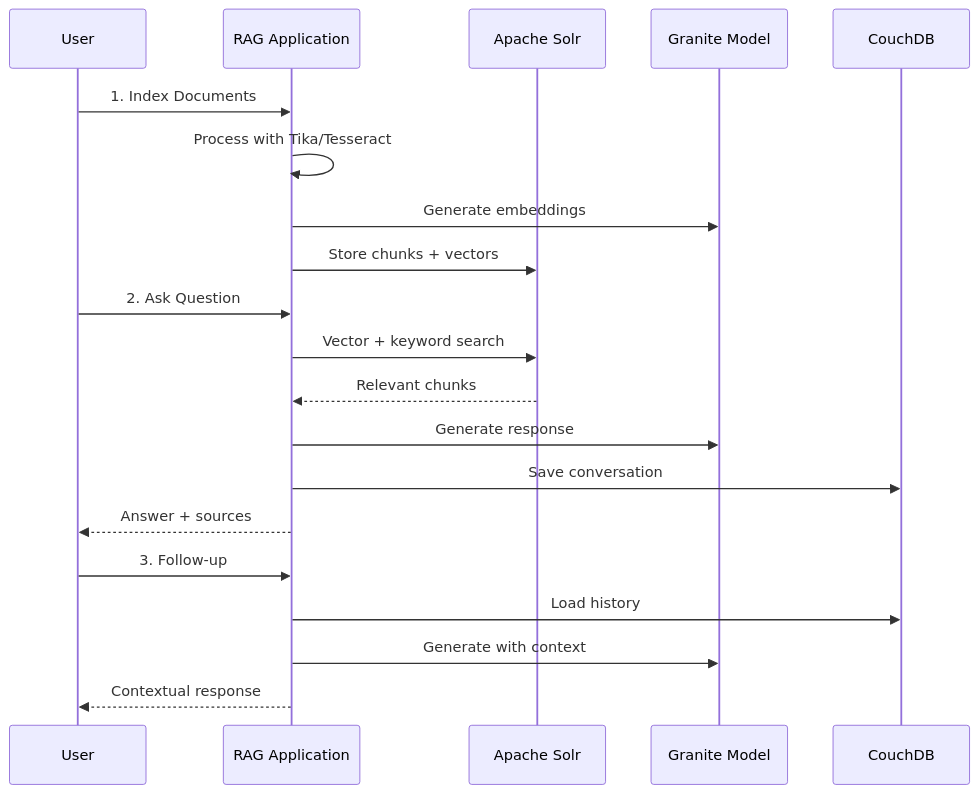
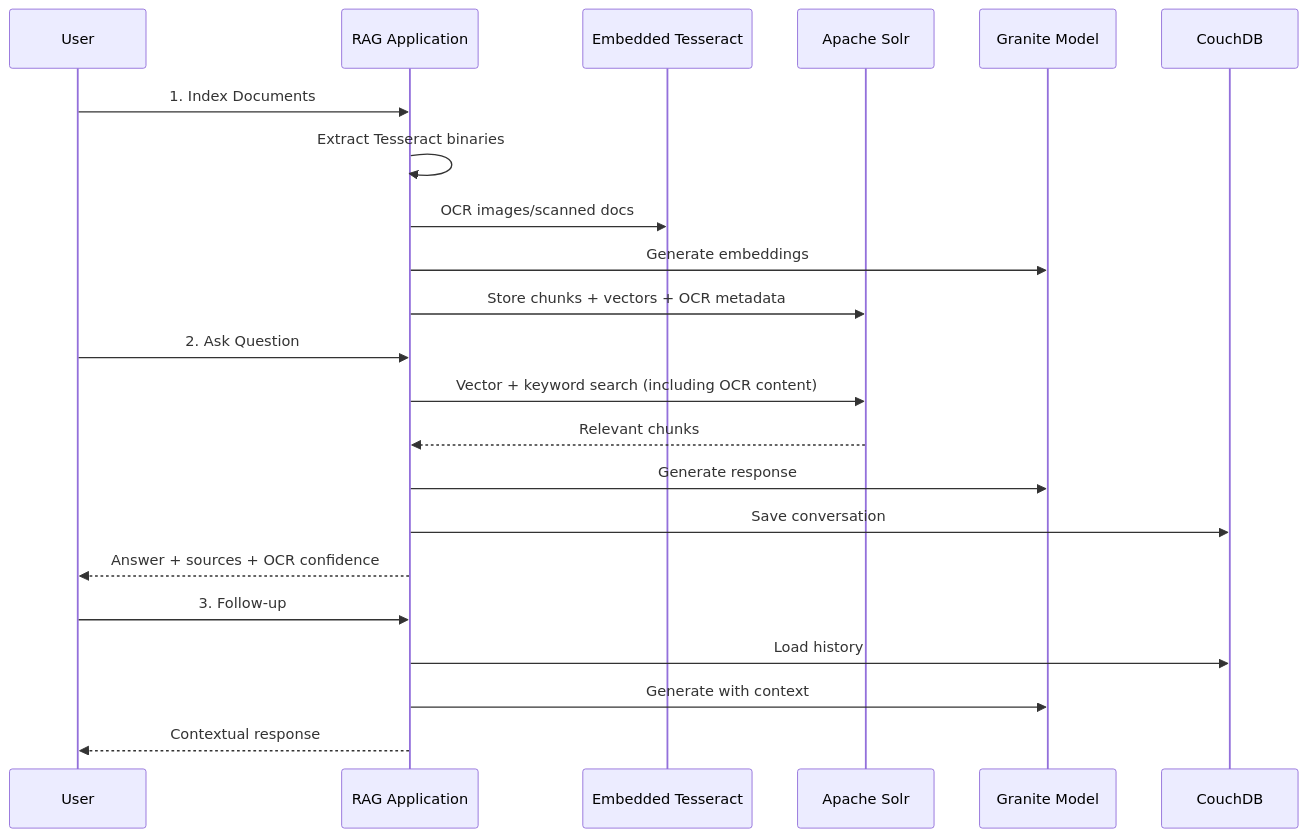
Before and after one commit to mrhunsaker/Granite_NotebookLM: the second of 2 diagrams in README.md, drawn with Mermaid. The commit also changed other lines of this file, not shown here.

````diff
--- a/README.md
+++ b/README.md
@@ -377,25 +541,27 @@
 ```mermaid
 sequenceDiagram
     participant User
     participant App as RAG Application
+    participant Tesseract as Embedded Tesseract
     participant Solr as Apache Solr
     participant LLM as Granite Model
     participant CouchDB
 
     User->>App: 1. Index Documents
-    App->>App: Process with Tika/Tesseract
+    App->>App: Extract Tesseract binaries
+    App->>Tesseract: OCR images/scanned docs
     App->>LLM: Generate embeddings
-    App->>Solr: Store chunks + vectors
+    App->>Solr: Store chunks + vectors + OCR metadata
     
     User->>App: 2. Ask Question
-    App->>Solr: Vector + keyword search
+    App->>Solr: Vector + keyword search (including OCR content)
     Solr-->>App: Relevant chunks
     App->>LLM: Generate response
     App->>CouchDB: Save conversation
-    App-->>User: Answer + sources
+    App-->>User: Answer + sources + OCR confidence
     
     User->>App: 3. Follow-up
     App->>CouchDB: Load history
     App->>LLM: Generate with context
     App-->>User: Contextual response
 ```
````
